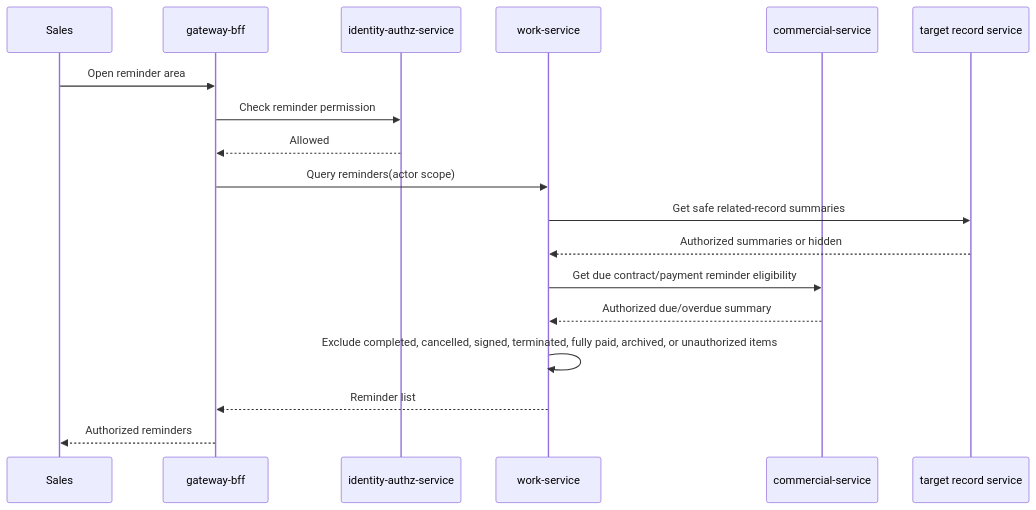
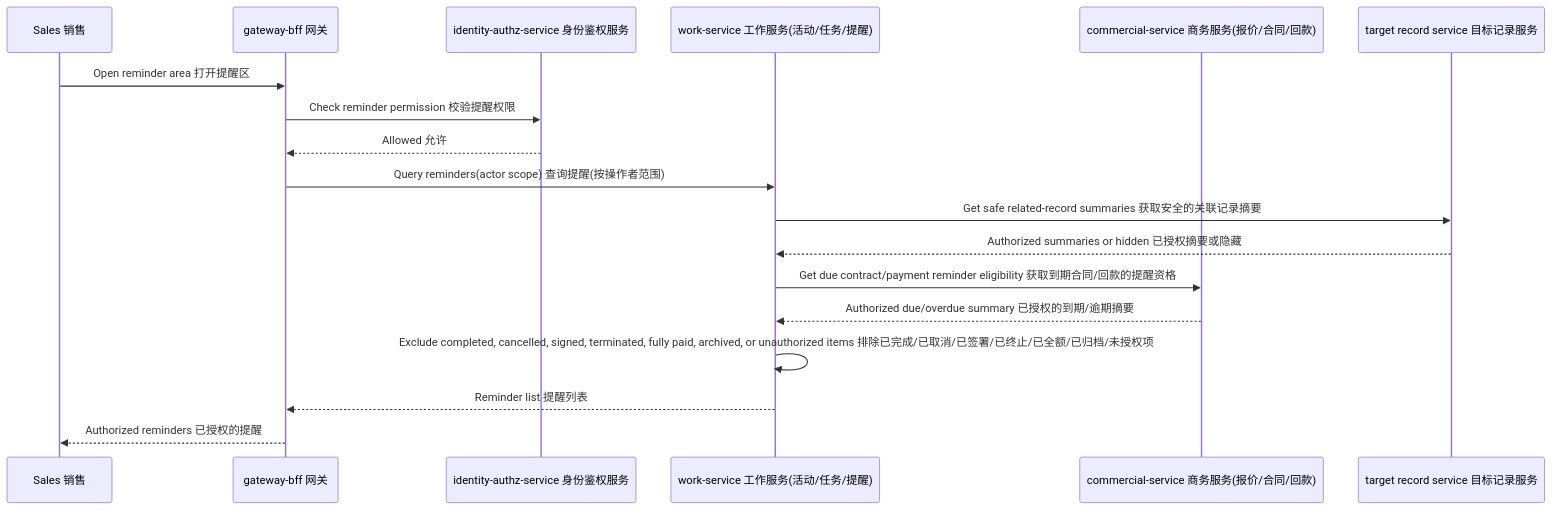
One commit to Neil996777/crm-system changed the seventh of 14 diagrams in docs/architecture/architecture.md. Above: the diagram before and after it, drawn with Mermaid. The commit also changed other lines of this file and 33 other files, not shown here.

````diff
--- a/docs/architecture/architecture.md
+++ b/docs/architecture/architecture.md
@@ -345,21 +345,21 @@
 ```mermaid
 sequenceDiagram
-  participant U as Sales
-  participant G as gateway-bff
-  participant P as identity-authz-service
-  participant W as work-service
-  participant C as commercial-service
-  participant T as target record service
+  participant U as Sales 销售
+  participant G as gateway-bff 网关
+  participant P as identity-authz-service 身份鉴权服务
+  participant W as work-service 工作服务(活动/任务/提醒)
+  participant C as commercial-service 商务服务(报价/合同/回款)
+  participant T as target record service 目标记录服务
 
-  U->>G: Open reminder area
-  G->>P: Check reminder permission
-  P-->>G: Allowed
-  G->>W: Query reminders(actor scope)
-  W->>T: Get safe related-record summaries
-  T-->>W: Authorized summaries or hidden
-  W->>C: Get due contract/payment reminder eligibility
-  C-->>W: Authorized due/overdue summary
-  W->>W: Exclude completed, cancelled, signed, terminated, fully paid, archived, or unauthorized items
-  W-->>G: Reminder list
-  G-->>U: Authorized reminders
+  U->>G: Open reminder area 打开提醒区
+  G->>P: Check reminder permission 校验提醒权限
+  P-->>G: Allowed 允许
+  G->>W: Query reminders(actor scope) 查询提醒(按操作者范围)
+  W->>T: Get safe related-record summaries 获取安全的关联记录摘要
+  T-->>W: Authorized summaries or hidden 已授权摘要或隐藏
+  W->>C: Get due contract/payment reminder eligibility 获取到期合同/回款的提醒资格
+  C-->>W: Authorized due/overdue summary 已授权的到期/逾期摘要
+  W->>W: Exclude completed, cancelled, signed, terminated, fully paid, archived, or unauthorized items 排除已完成/已取消/已签署/已终止/已全额/已归档/未授权项
+  W-->>G: Reminder list 提醒列表
+  G-->>U: Authorized reminders 已授权的提醒
 ```
````
